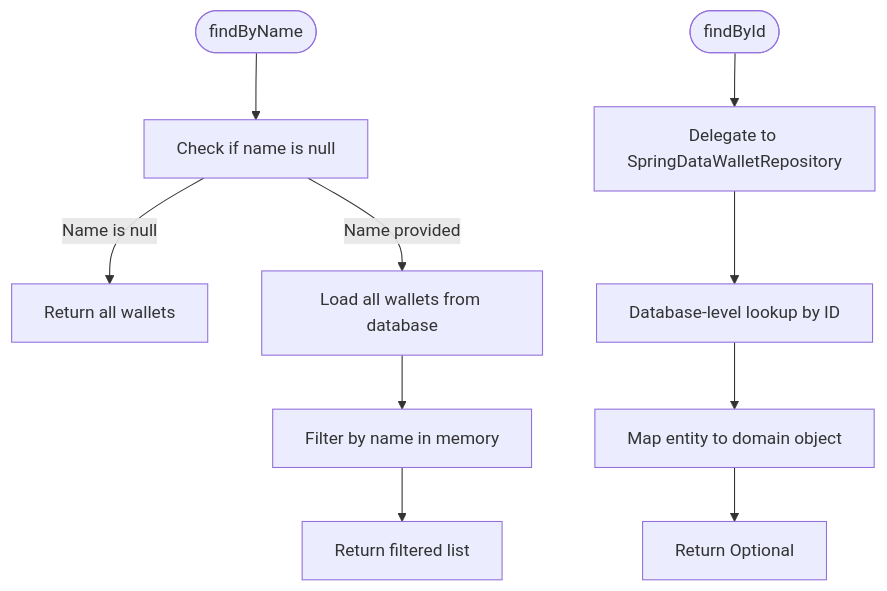
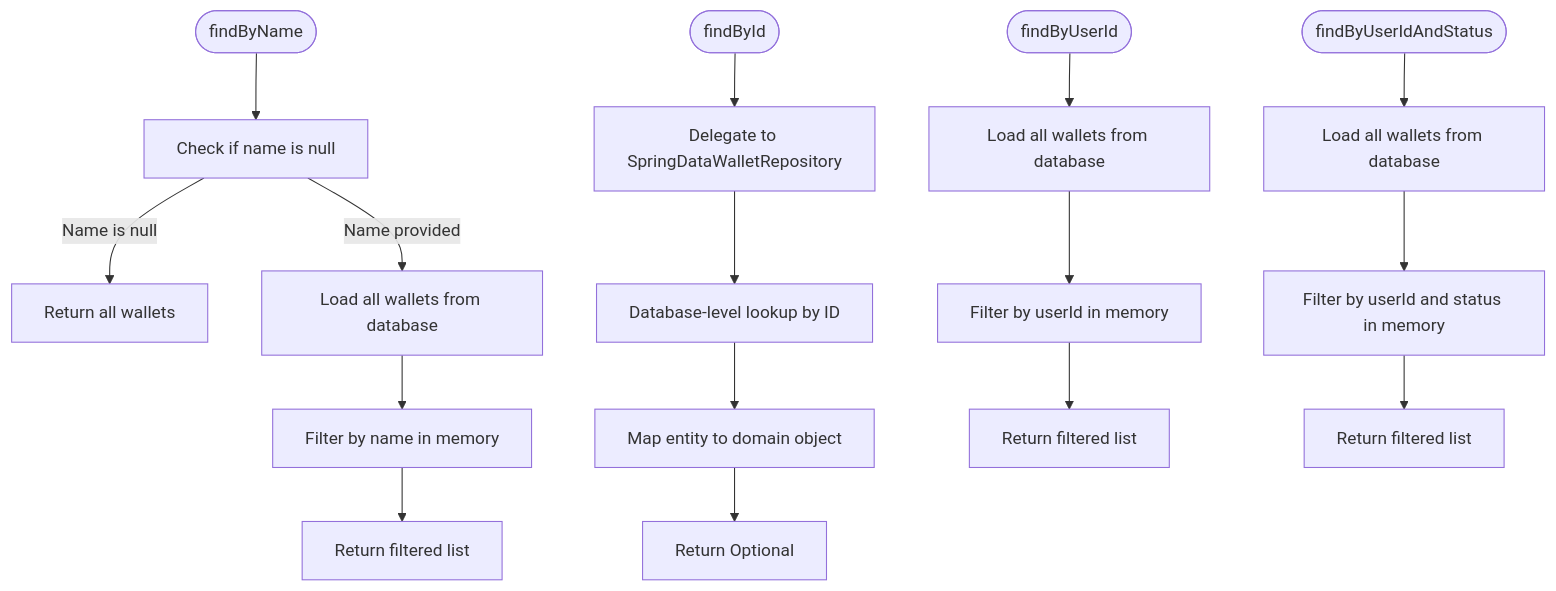
The seventh of 10 diagrams in .qoder/repowiki/en/content/Persistence Layer/Repository Pattern Implementation.md (italoag/wallet), drawn with Mermaid before and after one commit. The commit also changed other lines of this file and 11 other files, not shown here.

````diff
--- a/.qoder/repowiki/en/content/Persistence Layer/Repository Pattern Implementation.md
+++ b/.qoder/repowiki/en/content/Persistence Layer/Repository Pattern Implementation.md
@@ -218,12 +223,18 @@
 ```mermaid
 flowchart TD
 Start([findByName]) --> CheckName["Check if name is null"]
 CheckName --> |Name is null| ReturnAll["Return all wallets"]
 CheckName --> |Name provided| LoadAll["Load all wallets from database"]
 LoadAll --> Filter["Filter by name in memory"]
 Filter --> ReturnResult["Return filtered list"]
 Start2([findById]) --> Delegate["Delegate to SpringDataWalletRepository"]
 Delegate --> Database["Database-level lookup by ID"]
 Database --> Map["Map entity to domain object"]
 Map --> ReturnSingle["Return Optional<Wallet>"]
+Start3([findByUserId]) --> LoadAllUsers["Load all wallets from database"]
+LoadAllUsers --> FilterByUser["Filter by userId in memory"]
+FilterByUser --> ReturnUserResult["Return filtered list"]
+Start4([findByUserIdAndStatus]) --> LoadAllUserStatus["Load all wallets from database"]
+LoadAllUserStatus --> FilterUserStatus["Filter by userId and status in memory"]
+FilterUserStatus --> ReturnUserStatusResult["Return filtered list"]
 ```
````
